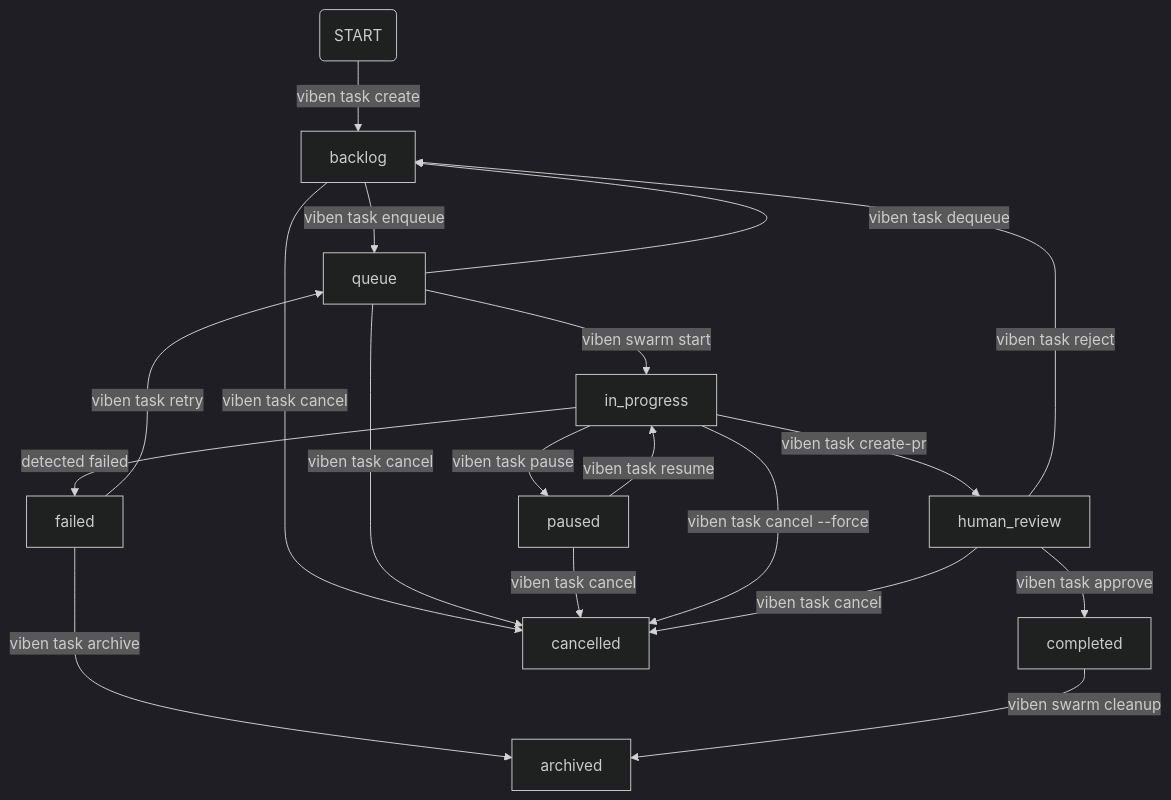
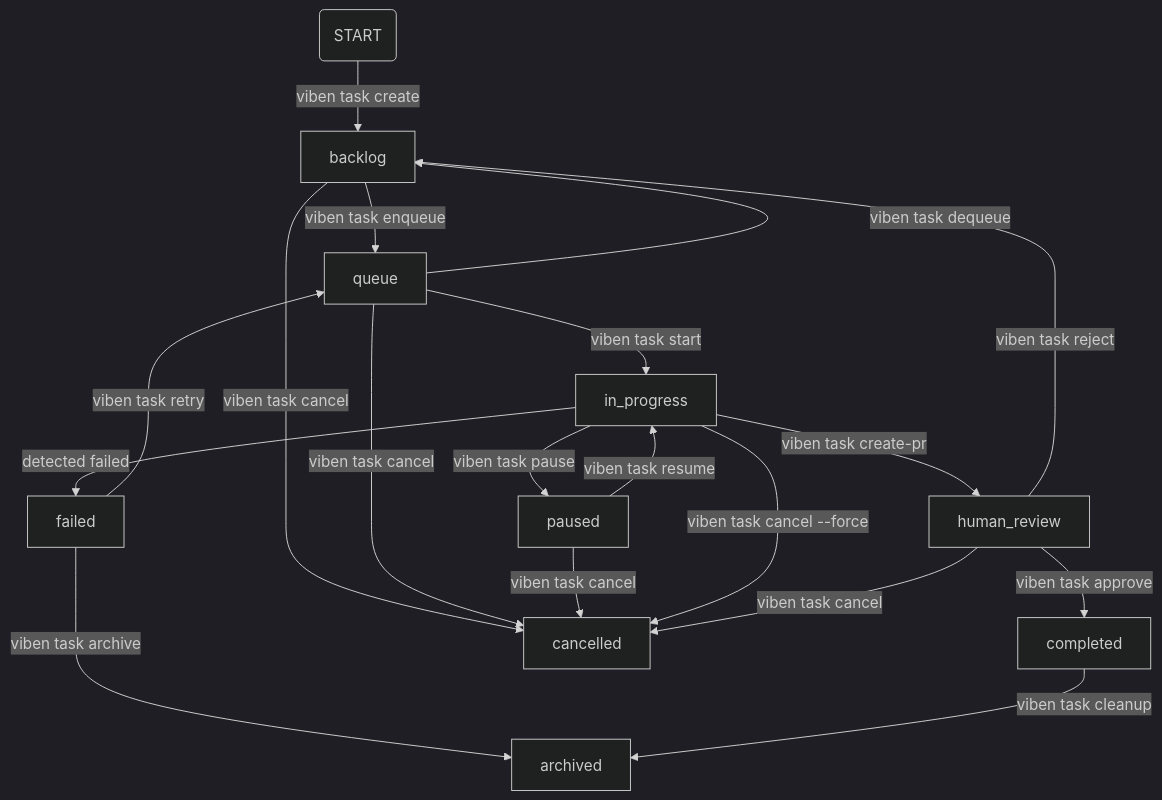
One commit to LinXueyuanStdio/viben changed the second of 2 diagrams in docs/specs/modules/task-system.md. Above: the diagram before and after it, drawn with Mermaid (dark theme). The commit also changed other lines of this file and 131 other files, not shown here.

````diff
--- a/docs/specs/modules/task-system.md
+++ b/docs/specs/modules/task-system.md
@@ -166,22 +166,22 @@
 ```mermaid
 flowchart TD
     A(START) -->|viben task create| B[backlog]
     B -->|viben task enqueue| C[queue]
-    C -->|viben swarm start| D[in_progress]
+    C -->|viben task start| D[in_progress]
     D -->|viben task pause| E[paused]
     E -->|viben task resume| D
     D -->|viben task create-pr| F[human_review]
     F -->|viben task approve| G[completed]
     F -->|viben task reject| B
     C -->|viben task dequeue| B
     D -->|detected failed| H[failed]
     H -->|viben task retry| C
     H -->|viben task archive| I[archived]
-    G -->|viben swarm cleanup| I
+    G -->|viben task cleanup| I
 
     B -->|viben task cancel| J[cancelled]
     C -->|viben task cancel| J
     E -->|viben task cancel| J
     D -->|viben task cancel --force| J
     F -->|viben task cancel| J
 ```
````
